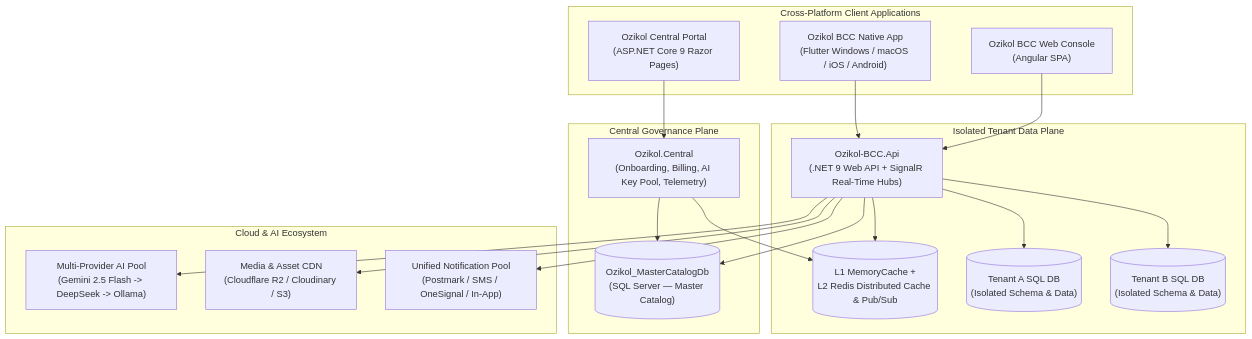
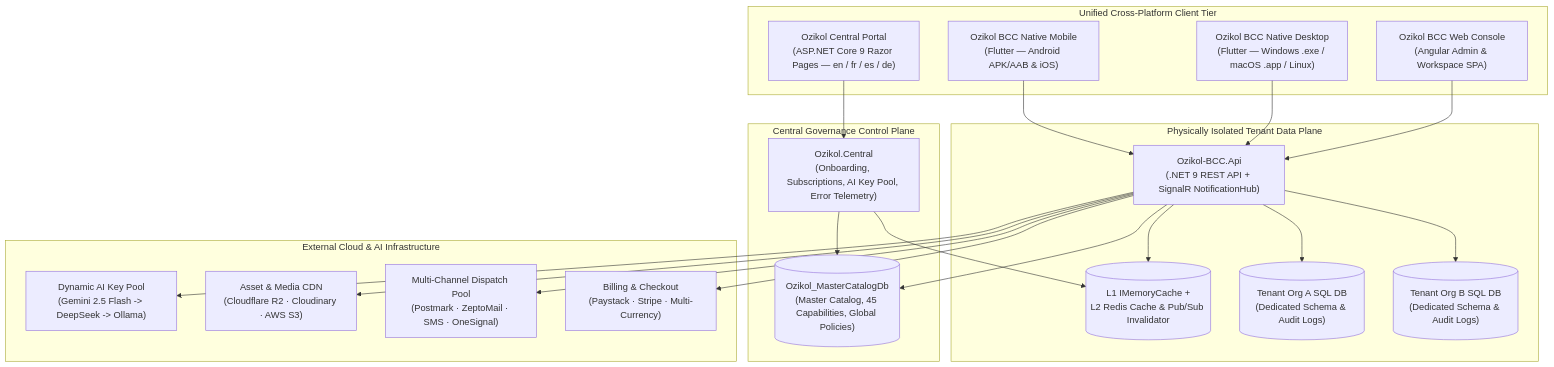
One commit to SirP-TechHub-0904/Ozikol-BCC changed the diagram in README.md. Above: the diagram before and after it, drawn with Mermaid. The commit also changed other lines of this file, not shown here.

First line of the commit message:
docs(readme): add comprehensive project catalog, native desktop/mobile deep-dive, and all 45 capabilities

````diff
--- a/README.md
+++ b/README.md
@@ -11,41 +27,45 @@
 ```mermaid
 flowchart TB
-    subgraph Clients["Cross-Platform Client Applications"]
-        PublicWeb["Ozikol Central Portal\n(ASP.NET Core 9 Razor Pages)"]
-        AngularAdmin["Ozikol BCC Web Console\n(Angular SPA)"]
-        FlutterApp["Ozikol BCC Native App\n(Flutter Windows / macOS / iOS / Android)"]
+    subgraph Clients["Unified Cross-Platform Client Tier"]
+        PublicWeb["Ozikol Central Portal\n(ASP.NET Core 9 Razor Pages — en / fr / es / de)"]
+        AngularSPA["Ozikol BCC Web Console\n(Angular Admin & Workspace SPA)"]
+        FlutterDesktop["Ozikol BCC Native Desktop\n(Flutter — Windows .exe / macOS .app / Linux)"]
+        FlutterMobile["Ozikol BCC Native Mobile\n(Flutter — Android APK/AAB & iOS)"]
     end
 
-    subgraph ControlPlane["Central Governance Plane"]
-        CentralApp["Ozikol.Central\n(Onboarding, Billing, AI Key Pool, Telemetry)"]
-        MasterDB[("Ozikol_MasterCatalogDb\n(SQL Server — Master Catalog)")]
+    subgraph ControlPlane["Central Governance Control Plane"]
+        CentralWeb["Ozikol.Central\n(Onboarding, Subscriptions, AI Key Pool, Error Telemetry)"]
+        MasterDB[("Ozikol_MasterCatalogDb\n(Master Catalog, 45 Capabilities, Global Policies)")]
     end
 
-    subgraph DataPlane["Isolated Tenant Data Plane"]
-        ApiGateway["Ozikol-BCC.Api\n(.NET 9 Web API + SignalR Real-Time Hubs)"]
-        CacheLayer[("L1 MemoryCache +\nL2 Redis Distributed Cache & Pub/Sub")]
-        TenantDB1[("Tenant A SQL DB\n(Isolated Schema & Data)")]
-        TenantDB2[("Tenant B SQL DB\n(Isolated Schema & Data)")]
+    subgraph DataPlane["Physically Isolated Tenant Data Plane"]
+        ApiGateway["Ozikol-BCC.Api\n(.NET 9 REST API + SignalR NotificationHub)"]
+        CacheTier[("L1 IMemoryCache +\nL2 Redis Cache & Pub/Sub Invalidator")]
+        TenantDB1[("Tenant Org A SQL DB\n(Dedicated Schema & Audit Logs)")]
+        TenantDB2[("Tenant Org B SQL DB\n(Dedicated Schema & Audit Logs)")]
     end
 
-    subgraph Integrations["Cloud & AI Ecosystem"]
-        AiPool["Multi-Provider AI Pool\n(Gemini 2.5 Flash -> DeepSeek -> Ollama)"]
-        Storage["Media & Asset CDN\n(Cloudflare R2 / Cloudinary / S3)"]
-        Comms["Unified Notification Pool\n(Postmark / SMS / OneSignal / In-App)"]
+    subgraph CloudServices["External Cloud & AI Infrastructure"]
+        AiProviders["Dynamic AI Key Pool\n(Gemini 2.5 Flash -> DeepSeek -> Ollama)"]
+        ObjectStorage["Asset & Media CDN\n(Cloudflare R2 · Cloudinary · AWS S3)"]
+        NotificationPool["Multi-Channel Dispatch Pool\n(Postmark · ZeptoMail · SMS · OneSignal)"]
+        PayGateways["Billing & Checkout\n(Paystack · Stripe · Multi-Currency)"]
     end
 
-    PublicWeb --> CentralApp
-    CentralApp --> MasterDB
-    CentralApp --> CacheLayer
+    PublicWeb --> CentralWeb
+    CentralWeb --> MasterDB
+    CentralWeb --> CacheTier
 
-    AngularAdmin --> ApiGateway
-    FlutterApp --> ApiGateway
+    AngularSPA --> ApiGateway
+    FlutterDesktop --> ApiGateway
+    FlutterMobile --> ApiGateway
 
-    ApiGateway --> CacheLayer
+    ApiGateway --> CacheTier
     ApiGateway --> MasterDB
     ApiGateway --> TenantDB1
     ApiGateway --> TenantDB2
-    ApiGateway --> AiPool
-    ApiGateway --> Storage
-    ApiGateway --> Comms
+    ApiGateway --> AiProviders
+    ApiGateway --> ObjectStorage
+    ApiGateway --> NotificationPool
+    ApiGateway --> PayGateways
 ```
````
